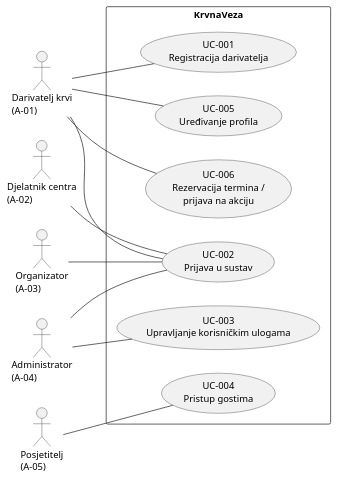
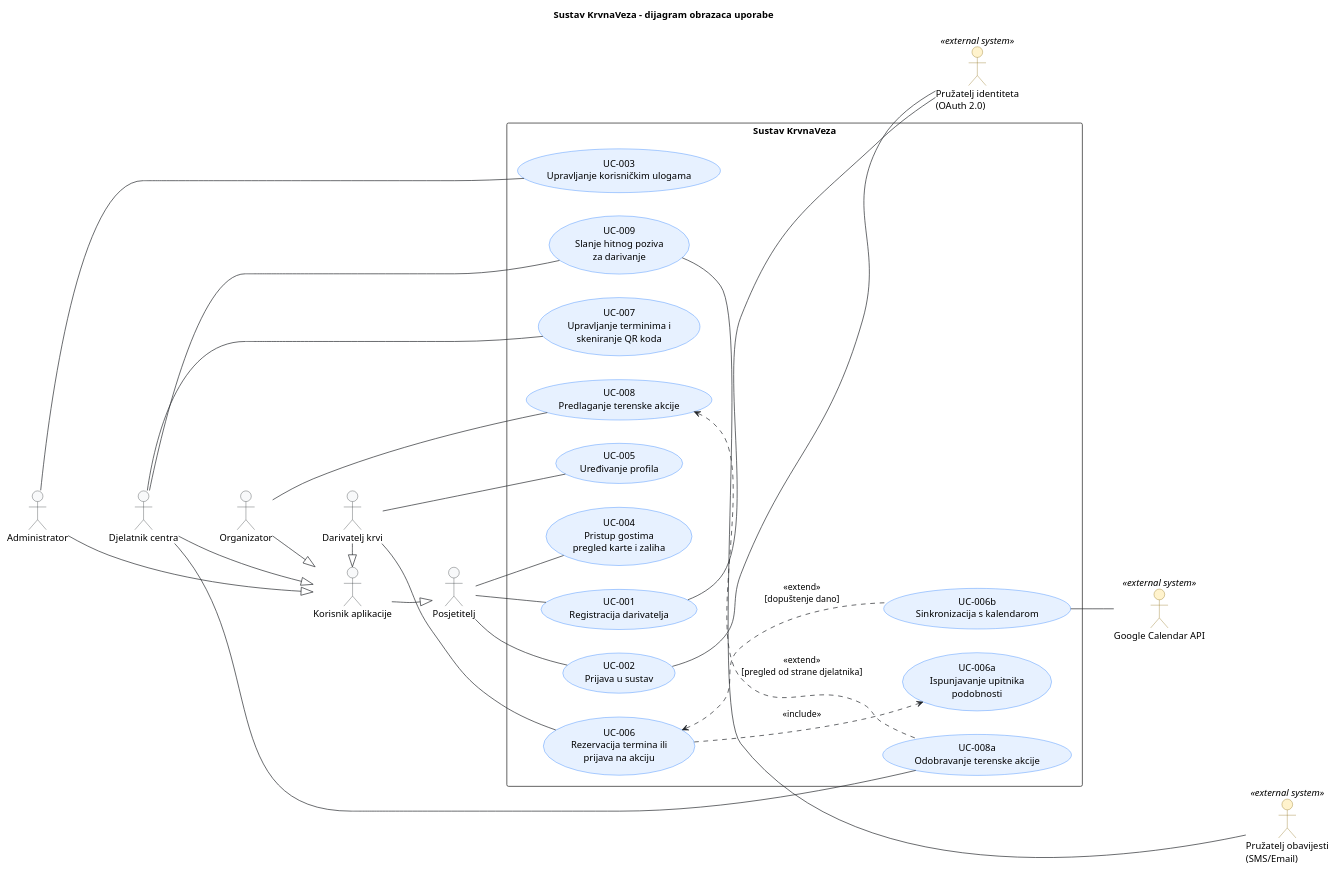
One commit to Domagoj-Boksic/KrvnaVeza-Ekipa changed the diagram in docs/puml/3-1-krvnaveza-sustav-UC.puml. Above: the diagram before and after it, drawn with PlantUML. The commit also changed 3 other files, not shown here.

```diff
--- a/docs/puml/3-1-krvnaveza-sustav-UC.puml
+++ b/docs/puml/3-1-krvnaveza-sustav-UC.puml
@@ -2,32 +2,131 @@
 @startuml
+title Sustav KrvnaVeza – dijagram obrazaca uporabe
 left to right direction
 
-actor "Darivatelj krvi\n(A-01)" as Darivatelj
-actor "Djelatnik centra\n(A-02)" as Djelatnik
-actor "Organizator\n(A-03)" as Organizator
-actor "Administrator\n(A-04)" as Admin
-actor "Posjetitelj\n(A-05)" as Gost
+skinparam shadowing false
+skinparam defaultFontName Arial
+skinparam ArrowColor #212529
 
-rectangle "KrvnaVeza" {
-  usecase "UC-001\nRegistracija darivatelja" as UC1
-  usecase "UC-002\nPrijava u sustav" as UC2
-  usecase "UC-003\nUpravljanje korisničkim ulogama" as UC3
-  usecase "UC-004\nPristup gostima" as UC4
-  usecase "UC-005\nUređivanje profila" as UC5
-  usecase "UC-006\nRezervacija termina /\nprijava na akciju" as UC6
+skinparam actor {
+    BackgroundColor #F8F9FA
+    BorderColor #212529
+    BackgroundColor<<external system>> #FFF3CD
+    BorderColor<<external system>> #856404
 }
 
-Darivatelj -- UC1
-Darivatelj -- UC2
-Darivatelj -- UC5
-Darivatelj -- UC6
+skinparam usecase {
+    BackgroundColor #E7F1FF
+    BorderColor #0D6EFD
+}
 
-Djelatnik -- UC2
-Organizator -- UC2
+' ==============================================================================
+' Primarni akteri
+' ==============================================================================
 
-Admin -- UC2
-Admin -- UC3
+actor "Korisnik aplikacije" as AppUser
+actor "Posjetitelj" as Visitor
+actor "Darivatelj krvi" as Donor
+actor "Djelatnik centra" as Staff
+actor "Organizator" as Organizer
+actor "Administrator" as Admin
 
-Gost -- UC4
+Donor -|> AppUser
+Staff -|> AppUser
+Organizer -|> AppUser
+Admin -|> AppUser
+AppUser -|> Visitor
+
+' Nevidljive veze samo za ljepši vertikalni raspored aktera na dijagramu
+Admin -[hidden]down-> Staff
+Staff -[hidden]down-> Organizer
+Organizer -[hidden]down-> Donor
+Donor -[hidden]down-> Visitor
+Visitor -[hidden]down-> AppUser
+
+' ==============================================================================
+' Sekundarni akteri (vanjski sustavi)
+' ==============================================================================
+
+actor "Pružatelj identiteta\n(OAuth 2.0)" as IdP <<external system>>
+actor "Google Calendar API" as Calendar <<external system>>
+actor "Pružatelj obavijesti\n(SMS/Email)" as Notifications <<external system>>
+
+' ==============================================================================
+' Granica sustava
+' ==============================================================================
+
+rectangle "Sustav KrvnaVeza" as KrvnaVeza {
+
+    ' Autentikacija i profil
+    (UC-001\nRegistracija darivatelja) as UC_Register
+    (UC-002\nPrijava u sustav) as UC_SignIn
+    (UC-003\nUpravljanje korisničkim ulogama) as UC_ManageRoles
+    (UC-005\nUređivanje profila) as UC_EditProfile
+
+    ' Pregled i karte (dostupno svima)
+    (UC-004\nPristup gostima\npregled karte i zaliha) as UC_GuestAccess
+
+    ' Operacije darivanja i rezervacija
+    (UC-006\nRezervacija termina ili\nprijava na akciju) as UC_BookSlot
+    (UC-006a\nIspunjavanje upitnika\npodobnosti) as UC_Questionnaire
+    (UC-006b\nSinkronizacija s kalendarom) as UC_SyncCalendar
+    (UC-007\nUpravljanje terminima i\nskeniranje QR koda) as UC_ScanQR
+
+    ' Akcije i zalihe
+    (UC-008\nPredlaganje terenske akcije) as UC_ProposeAction
+    (UC-008a\nOdobravanje terenske akcije) as UC_ApproveAction
+    (UC-009\nSlanje hitnog poziva\nza darivanje) as UC_EmergencyAlert
+}
+
+' ==============================================================================
+' Asocijacije aktera i slučajeva uporabe
+' ==============================================================================
+
+' Posjetitelj ima pristup pregledu i registraciji/prijavi
+Visitor -- UC_GuestAccess
+Visitor -- UC_Register
+Visitor -- UC_SignIn
+
+' Prijavljeni darivatelj
+Donor -- UC_EditProfile
+Donor -- UC_BookSlot
+
+' Djelatnik transfuzijskog centra
+Staff -- UC_ScanQR
+Staff -- UC_ApproveAction
+Staff -- UC_EmergencyAlert
+
+' Organizator terenskih akcija
+Organizer -- UC_ProposeAction
+
+' Administrator sustava
+Admin -- UC_ManageRoles
+
+' ==============================================================================
+' Veze između slučajeva uporabe (include / extend)
+' ==============================================================================
+
+' Obvezni korak: pri rezervaciji se uvijek popunjava upitnik podobnosti
+UC_BookSlot ..> UC_Questionnaire : <<include>>
+
+' Neobavezno proširenje: dodavanje u kalendar ako darivatelj da privolu
+UC_BookSlot <.. UC_SyncCalendar : <<extend>>\n[dopuštenje dano]
+
+' Proširenje za odobravanje akcije unutar predlaganja
+UC_ProposeAction <.. UC_ApproveAction : <<extend>>\n[pregled od strane djelatnika]
+
+' ==============================================================================
+' Interakcije sa sekundarnim akterima
+' ==============================================================================
+
+UC_Register -- IdP
+UC_SignIn -- IdP
+
+UC_SyncCalendar -right- Calendar
+UC_EmergencyAlert -right- Notifications
+
+' Raspored vanjskih sustava na desnoj strani
+IdP -[hidden]down-> Calendar
+Calendar -[hidden]down-> Notifications
 
 @enduml
```
